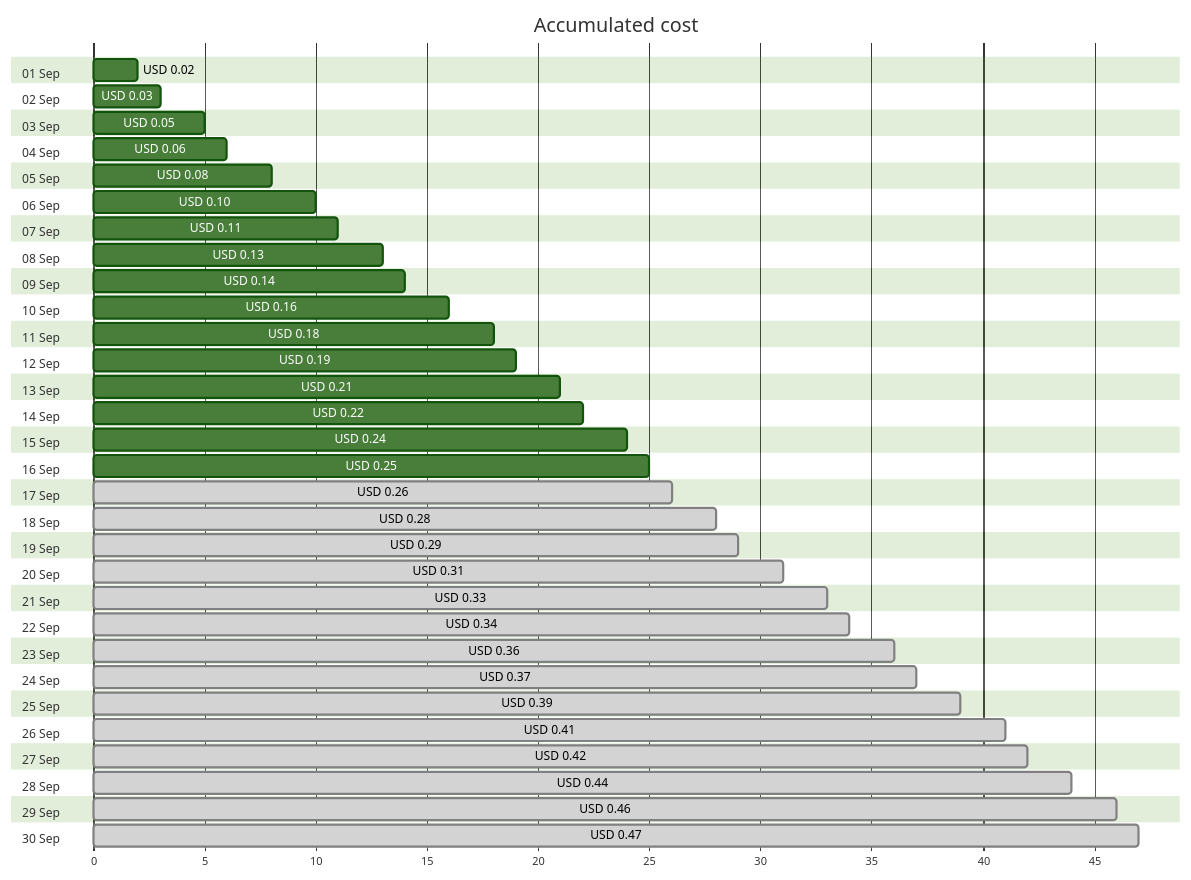
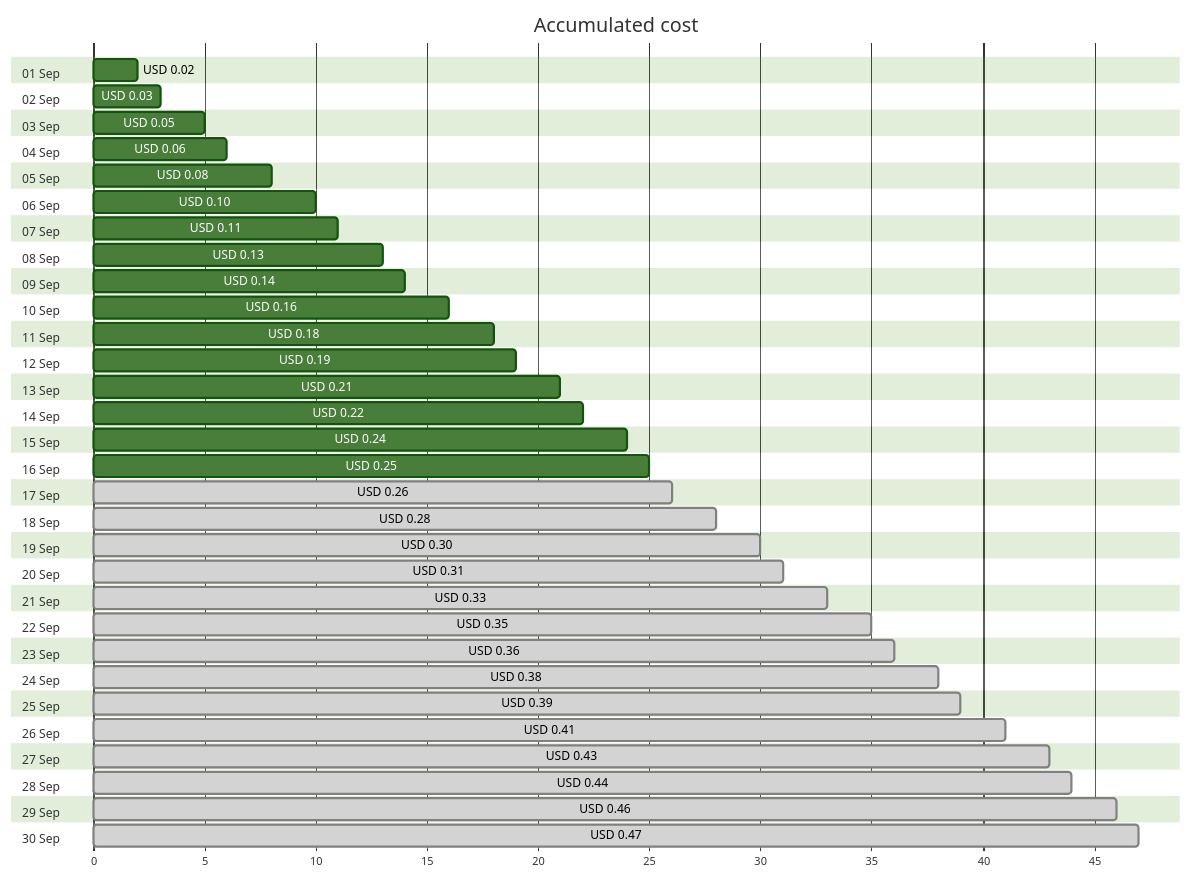
One commit to jpfulton/azure-personal-reports changed the first of 4 diagrams in cost-reports/personal-network/private.jpatrickfulton.com.md. Above: the diagram before and after it, drawn with Mermaid (forest theme). The commit also changed other lines of this file and 16 other files, not shown here.

````diff
--- a/cost-reports/personal-network/private.jpatrickfulton.com.md
+++ b/cost-reports/personal-network/private.jpatrickfulton.com.md
@@ -20,66 +20,66 @@
 ```mermaid
 gantt
    title Accumulated cost
    dateFormat  X
    axisFormat %s
    section 01 Sep
    USD 0.02 :0, 2
    section 02 Sep
    USD 0.03 :0, 3
    section 03 Sep
    USD 0.05 :0, 5
    section 04 Sep
    USD 0.06 :0, 6
    section 05 Sep
    USD 0.08 :0, 8
    section 06 Sep
    USD 0.10 :0, 10
    section 07 Sep
    USD 0.11 :0, 11
    section 08 Sep
    USD 0.13 :0, 13
    section 09 Sep
    USD 0.14 :0, 14
    section 10 Sep
    USD 0.16 :0, 16
    section 11 Sep
    USD 0.18 :0, 18
    section 12 Sep
    USD 0.19 :0, 19
    section 13 Sep
    USD 0.21 :0, 21
    section 14 Sep
    USD 0.22 :0, 22
    section 15 Sep
    USD 0.24 :0, 24
    section 16 Sep
    USD 0.25 :0, 25
    section 17 Sep
    USD 0.26 : done, 0, 26
    section 18 Sep
    USD 0.28 : done, 0, 28
    section 19 Sep
-   USD 0.29 : done, 0, 29
+   USD 0.30 : done, 0, 30
    section 20 Sep
    USD 0.31 : done, 0, 31
    section 21 Sep
    USD 0.33 : done, 0, 33
    section 22 Sep
-   USD 0.34 : done, 0, 34
+   USD 0.35 : done, 0, 35
    section 23 Sep
    USD 0.36 : done, 0, 36
    section 24 Sep
-   USD 0.37 : done, 0, 37
+   USD 0.38 : done, 0, 38
    section 25 Sep
    USD 0.39 : done, 0, 39
    section 26 Sep
    USD 0.41 : done, 0, 41
    section 27 Sep
-   USD 0.42 : done, 0, 42
+   USD 0.43 : done, 0, 43
    section 28 Sep
    USD 0.44 : done, 0, 44
    section 29 Sep
    USD 0.46 : done, 0, 46
    section 30 Sep
    USD 0.47 : done, 0, 47
 ```
````
